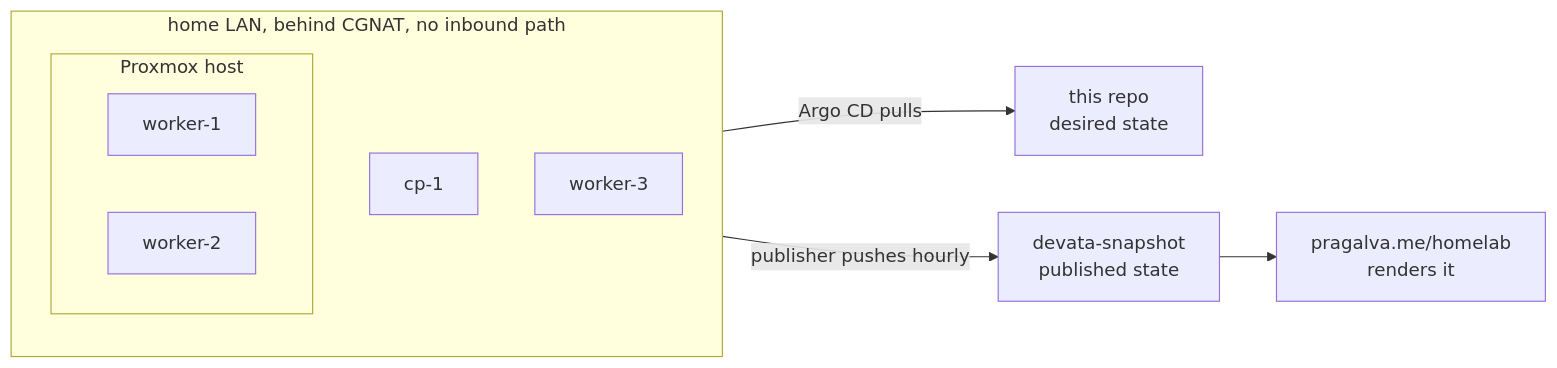
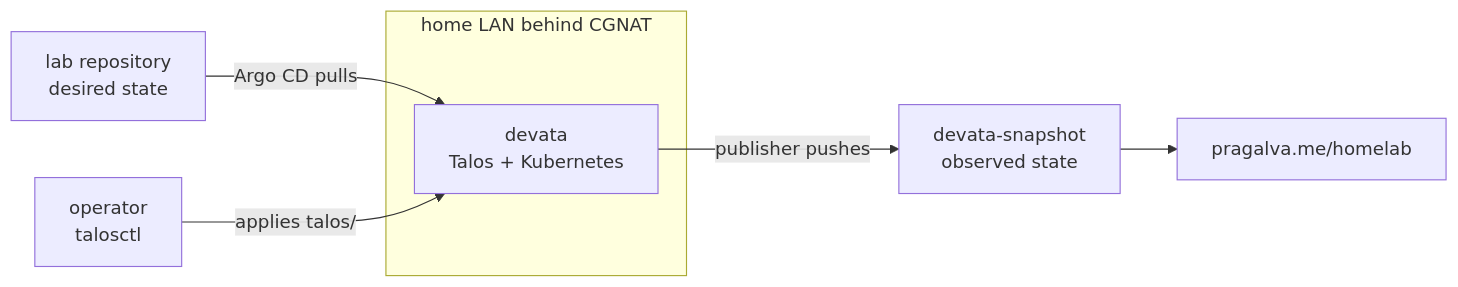
The diagram in README.md (PragalvaXFREZ/lab), drawn with Mermaid before and after one commit. The commit also changed other lines of this file and 5 other files, not shown here.

Commit message:
Docs: Make the README a timeless architecture front door

````diff
--- a/README.md
+++ b/README.md
@@ -36,17 +23,14 @@
 ```mermaid
 flowchart LR
-    subgraph lan["home LAN, behind CGNAT, no inbound path"]
-        cp1["cp-1"]
-        subgraph pve["Proxmox host"]
-            w1["worker-1"]
-            w2["worker-2"]
-        end
-        w3["worker-3"]
+    operator["operator<br/>talosctl"]
+    lab["lab repository<br/>desired state"]
+    subgraph lan["home LAN behind CGNAT"]
+        devata["devata<br/>Talos + Kubernetes"]
     end
-    lab["this repo<br/>desired state"]
-    snap["devata-snapshot<br/>published state"]
-    hub["pragalva.me/homelab<br/>renders it"]
-    lan -->|"Argo CD pulls"| lab
-    lan -->|"publisher pushes hourly"| snap
+    snap["devata-snapshot<br/>observed state"]
+    hub["pragalva.me/homelab"]
+    lab -->|"Argo CD pulls"| devata
+    operator -->|"applies talos/"| devata
+    devata -->|"publisher pushes"| snap
     snap --> hub
 ```
````
